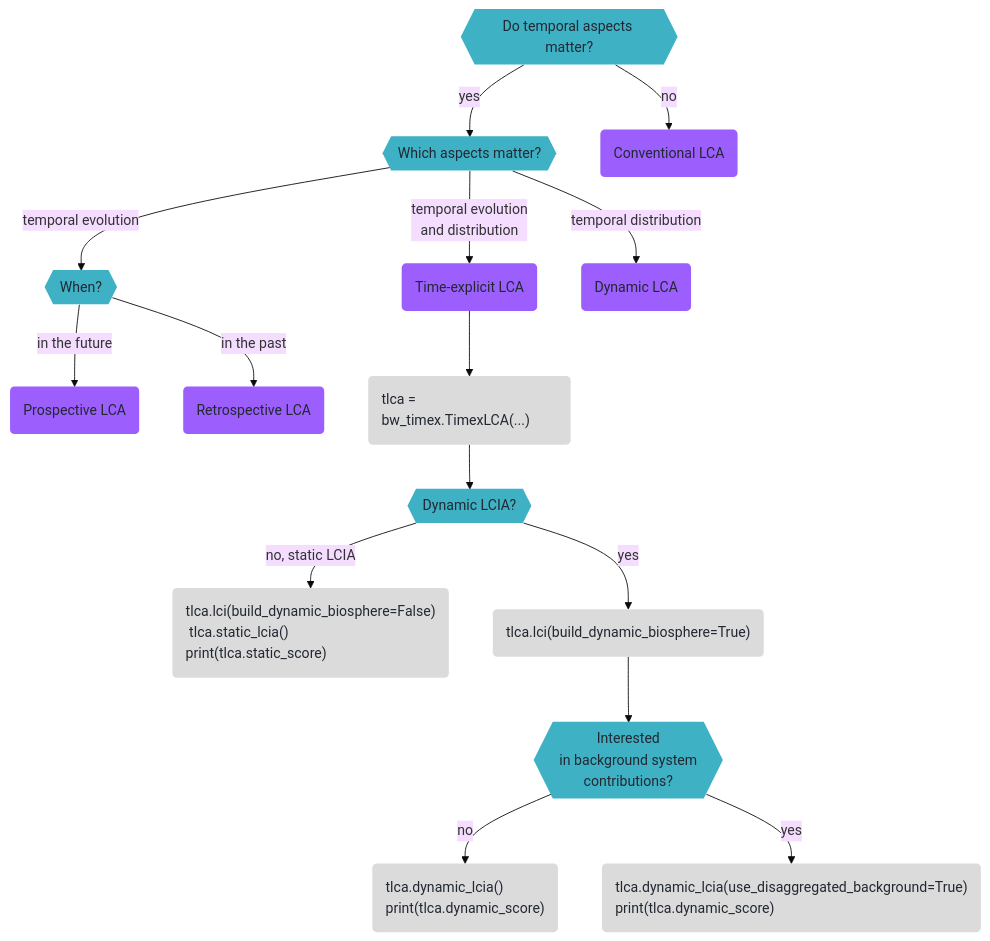
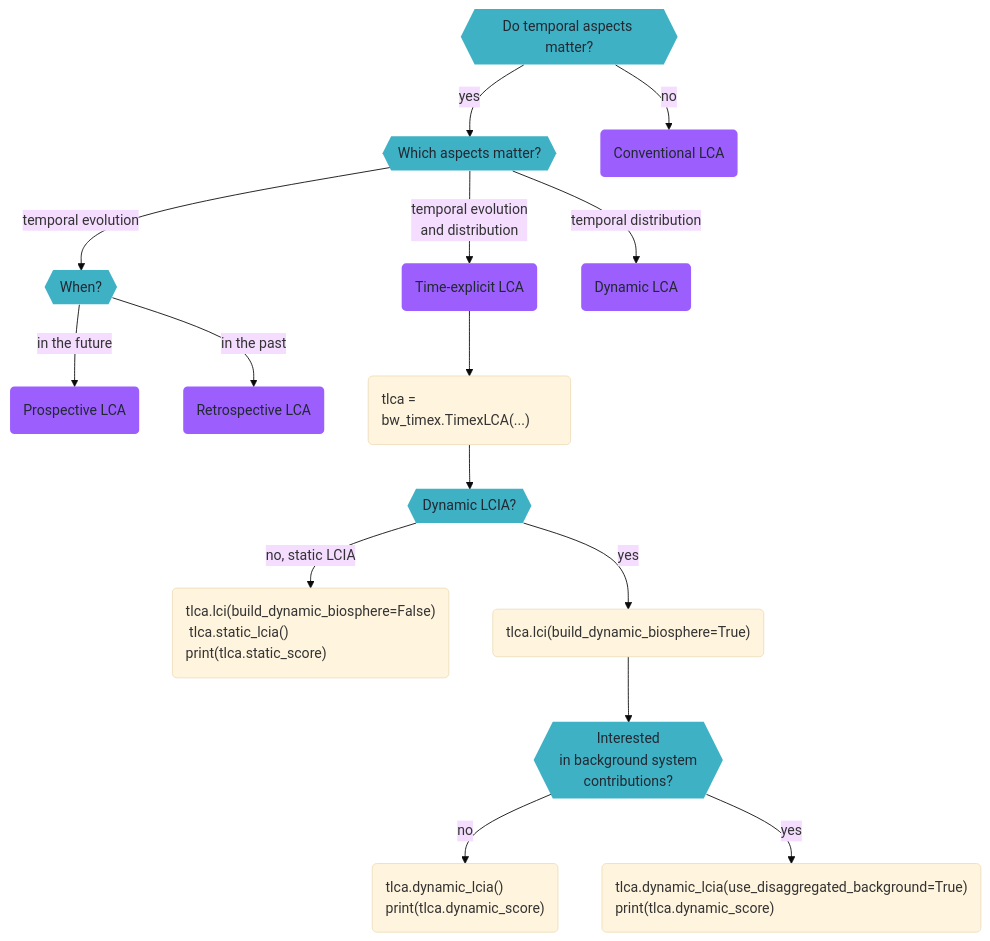
Before and after one commit to brightway-lca/bw_timex: the first of 3 diagrams in docs/content/decisiontree.md, drawn with Mermaid (base theme). The commit also changed 1 other file, not shown here.

Commit message:
docs: stop fighting Zensical's automatic mermaid theming for codeNode
Per https://zensical.org/docs/authoring/diagrams/: flowcharts
'automatically use fonts and colors defined in the configuration'
with 'support for both light and dark color schemes' - hardcoding a
classDef fill/color (as codeNode did, #DBDBDB) works against that,
and the CSS !important override attempting to force it back
apparently still didn't hold on the real site. Drop codeNode's custom
fill/color entirely (keep only text-align:left) so those nodes fall
back to Zensical's built-in, theme-safe default node styling instead
of a hand-picked color - the same mechanism the framework itself
guarantees works in both schemes. Removes the now-unneeded CSS hack.

````diff
--- a/docs/content/decisiontree.md
+++ b/docs/content/decisiontree.md
@@ -9,41 +9,41 @@
 ```mermaid
 flowchart TD
     %% Define node classes
     classDef decision color:#222832, fill:#3fb1c5, stroke:none;
     classDef lcaType color:#222832, fill:#9c5ffd, stroke:none;
-    classDef codeNode color:#222832, fill:#DBDBDB, text-align:left, stroke:none;
+    classDef codeNode text-align:left;
 
     TimingDecision{{"Do temporal aspects matter?"}}:::decision
     AspectDecision{{"Which aspects matter?"}}:::decision
     ConventionalLCA("Conventional LCA"):::lcaType
     WhenDecision{{"When?"}}:::decision
     ProspectiveLCA("Prospective LCA"):::lcaType
     RetrospectiveLCA("Retrospective LCA"):::lcaType
     TimeExplicitLCA("Time-explicit LCA"):::lcaType
     CodeTimeExplicit("tlca = bw_timex.TimexLCA(...)"):::codeNode
     DynamicLCA("Dynamic LCA"):::lcaType
     DynamicLCIADecision{{"Dynamic LCIA?"}}:::decision
     CodeStaticLCIA("tlca.lci(build_dynamic_biosphere=False)\n tlca.static_lcia()\nprint(tlca.static_score)"):::codeNode
     CodeDynamicLCI("tlca.lci(build_dynamic_biosphere=True)"):::codeNode
     BackgroundDecision{{"Interested \n in background system \n contributions?"}}:::decision
     CodeDynamicLCIA("tlca.dynamic_lcia()\nprint(tlca.dynamic_score)"):::codeNode
     CodeDisaggregatedLCIA("tlca.dynamic_lcia(use_disaggregated_background=True)\nprint(tlca.dynamic_score)"):::codeNode
 
 
 
     %% Define connections
     TimingDecision -- "yes" --> AspectDecision
     TimingDecision -- "no" --> ConventionalLCA
     AspectDecision -- "temporal evolution" --> WhenDecision
     AspectDecision -- "temporal distribution" --> DynamicLCA
     AspectDecision -- "temporal evolution \n and distribution" --> TimeExplicitLCA
     WhenDecision -- "in the future" --> ProspectiveLCA
     WhenDecision -- "in the past" --> RetrospectiveLCA
     TimeExplicitLCA --> CodeTimeExplicit
     CodeTimeExplicit --> DynamicLCIADecision
     DynamicLCIADecision -- "no, static LCIA" --> CodeStaticLCIA
     DynamicLCIADecision -- "yes" --> CodeDynamicLCI
     CodeDynamicLCI --> BackgroundDecision
     BackgroundDecision -- "no" --> CodeDynamicLCIA
     BackgroundDecision -- "yes" --> CodeDisaggregatedLCIA
 ```
````
